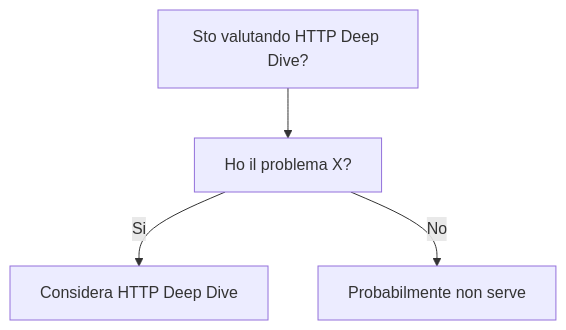
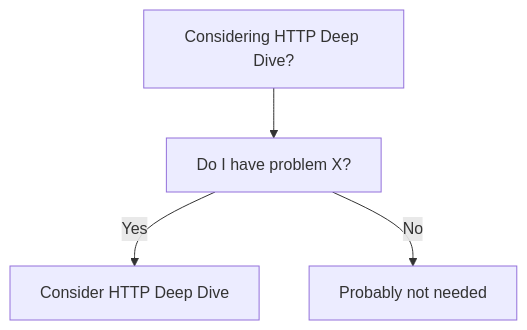
The diagram in dev-wiki/07_Networking/HTTP_Deep_Dive/When_To_Use.md (HxT9/Software-Dev-Wiki), drawn with Mermaid before and after one commit. The commit also changed other lines of this file and 3444 other files, not shown here.

````diff
--- a/dev-wiki/07_Networking/HTTP_Deep_Dive/When_To_Use.md
+++ b/dev-wiki/07_Networking/HTTP_Deep_Dive/When_To_Use.md
@@ -19,6 +19,6 @@
 ```mermaid
 flowchart TD
-  Q[Sto valutando HTTP Deep Dive?] --> Q1[Ho il problema X?]
-  Q1 -->|Si| OK[Considera HTTP Deep Dive]
-  Q1 -->|No| NO[Probabilmente non serve]
+  Q[Considering HTTP Deep Dive?] --> Q1[Do I have problem X?]
+  Q1 -->|Yes| OK[Consider HTTP Deep Dive]
+  Q1 -->|No| NO[Probably not needed]
 ```
````
